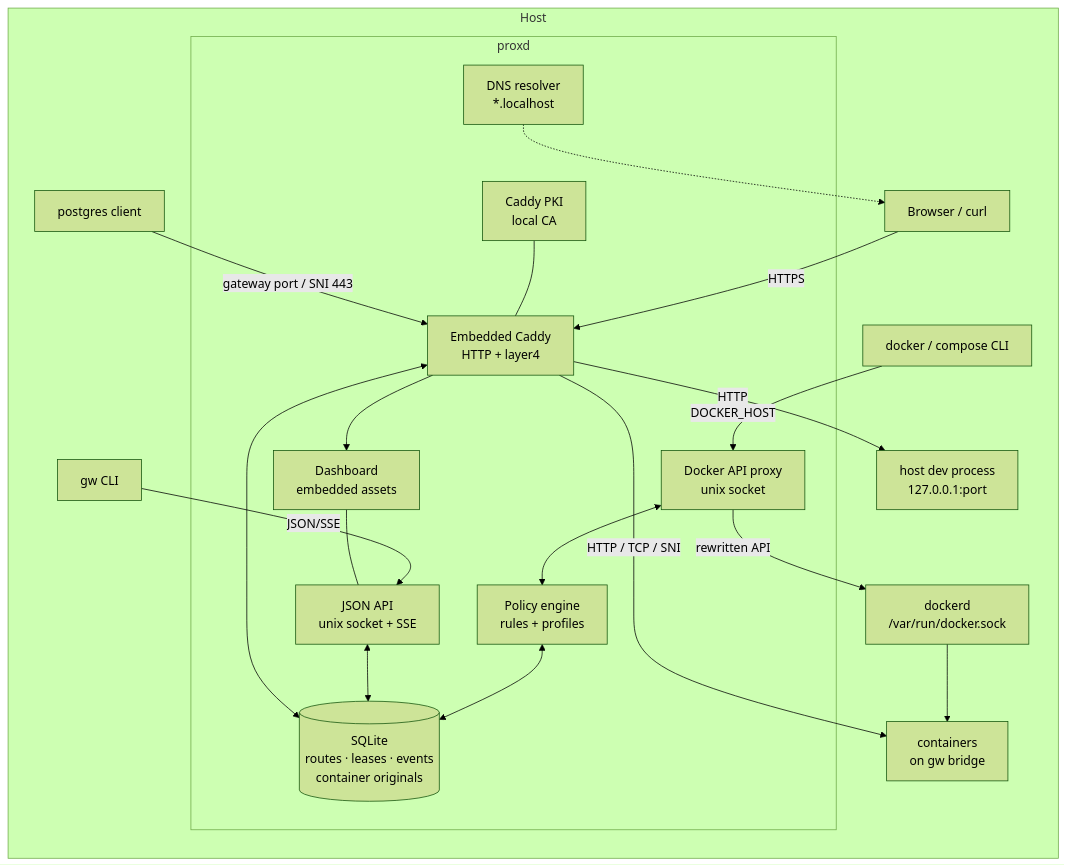
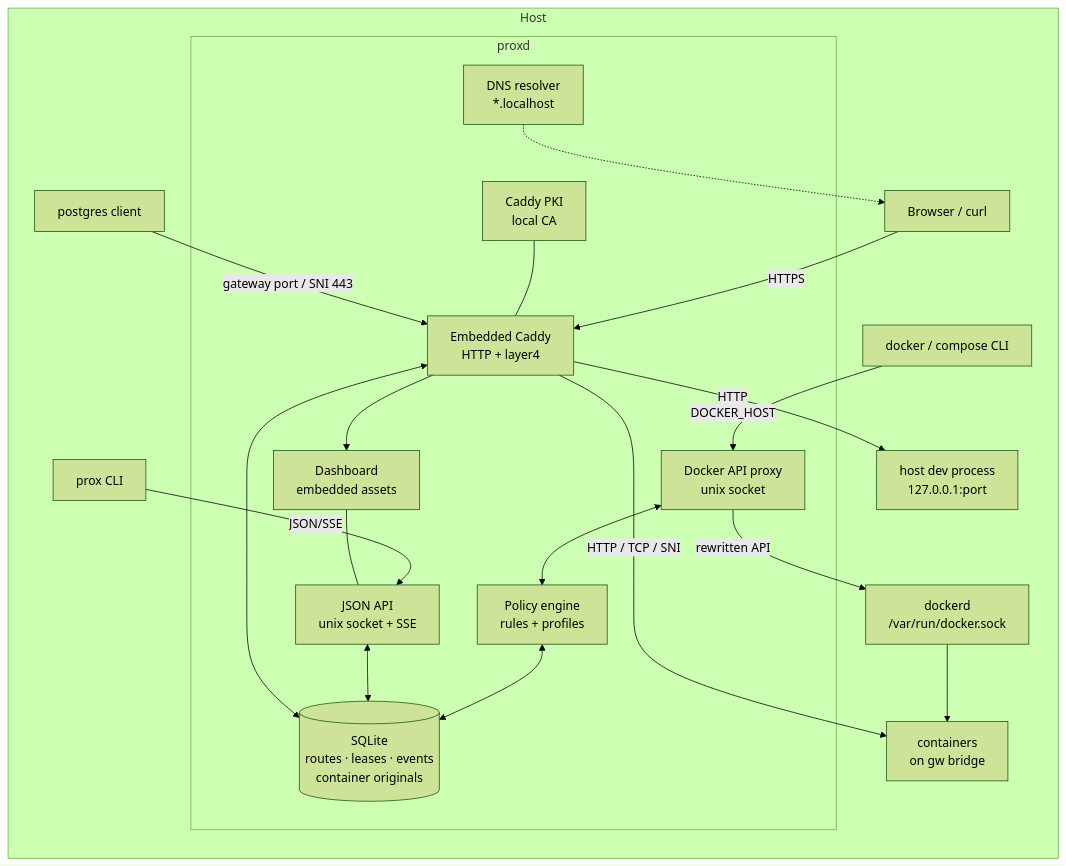
One commit to haasele/prox changed the first of 6 diagrams in docs/ARCHITECTURE.md. Above: the diagram before and after it, drawn with Mermaid (forest theme). The commit also changed other lines of this file and 62 other files, not shown here.

````diff
--- a/docs/ARCHITECTURE.md
+++ b/docs/ARCHITECTURE.md
@@ -5,41 +5,41 @@
 ```mermaid
 flowchart LR
   subgraph host["Host"]
-    CLI["gw CLI"]
+    CLI["prox CLI"]
     Browser["Browser / curl"]
     DockerCLI["docker / compose CLI"]
     DB["postgres client"]
 
     subgraph proxd["proxd"]
       Proxy["Docker API proxy\nunix socket"]
       Policy["Policy engine\nrules + profiles"]
       Reg[("SQLite\nroutes · leases · events\ncontainer originals")]
       API["JSON API\nunix socket + SSE"]
       Web["Dashboard\nembedded assets"]
       DNS["DNS resolver\n*.localhost"]
       CA["Caddy PKI\nlocal CA"]
       Router["Embedded Caddy\nHTTP + layer4"]
     end
 
     Docker["dockerd\n/var/run/docker.sock"]
     Containers["containers\non gw bridge"]
     Dev["host dev process\n127.0.0.1:port"]
   end
 
   CLI -->|JSON/SSE| API
   Browser -->|HTTPS| Router
   Router --> Web
   Web --- API
   DockerCLI -->|DOCKER_HOST| Proxy
   Proxy -->|rewritten API| Docker
   Docker --> Containers
   Proxy <--> Policy
   Policy <--> Reg
   API <--> Reg
   Router <--> Reg
   Router -->|HTTP / TCP / SNI| Containers
   Router -->|HTTP| Dev
   DNS -.-> Browser
   CA --- Router
   DB -->|gateway port / SNI 443| Router
 ```
````
